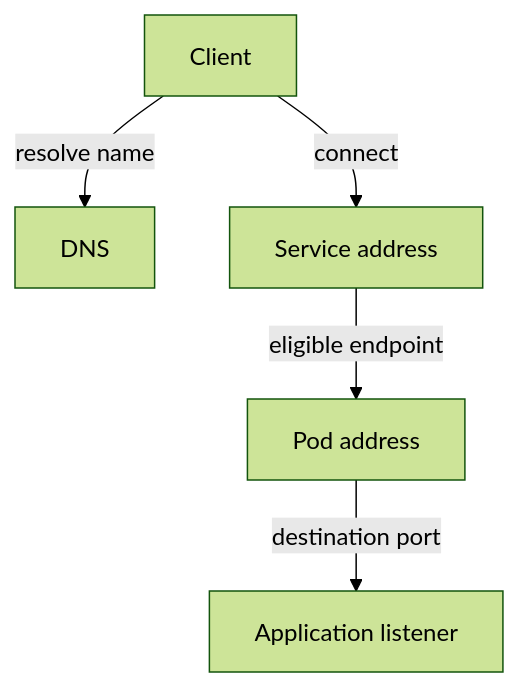
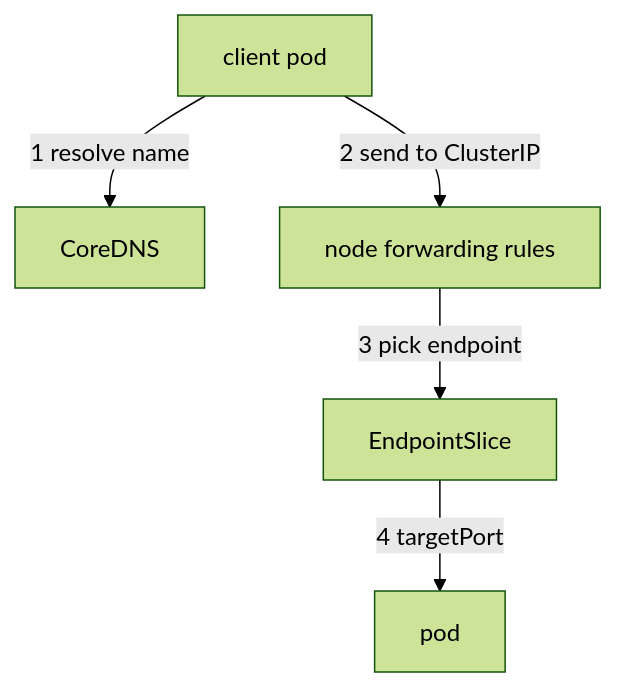
The diagram in sections/section-030/module-02/course-02-tracing-a-service-request.md (astrona-io/ATS038), drawn with Mermaid (forest theme) before and after one commit. The commit also changed other lines of this file and 245 other files, not shown here.

````diff
--- a/sections/section-030/module-02/course-02-tracing-a-service-request.md
+++ b/sections/section-030/module-02/course-02-tracing-a-service-request.md
@@ -14,7 +9,7 @@
 ```mermaid
 flowchart TB
-    C["Client"] -->|"resolve name"| D["DNS"]
-    C -->|"connect"| S["Service address"]
-    S -->|"eligible endpoint"| P["Pod address"]
-    P -->|"destination port"| A["Application listener"]
+    C["client pod"] -->|"1 resolve name"| D["CoreDNS"]
+    C -->|"2 send to ClusterIP"| P["node forwarding rules"]
+    P -->|"3 pick endpoint"| E["EndpointSlice"]
+    E -->|"4 targetPort"| T["pod"]
 ```
````
